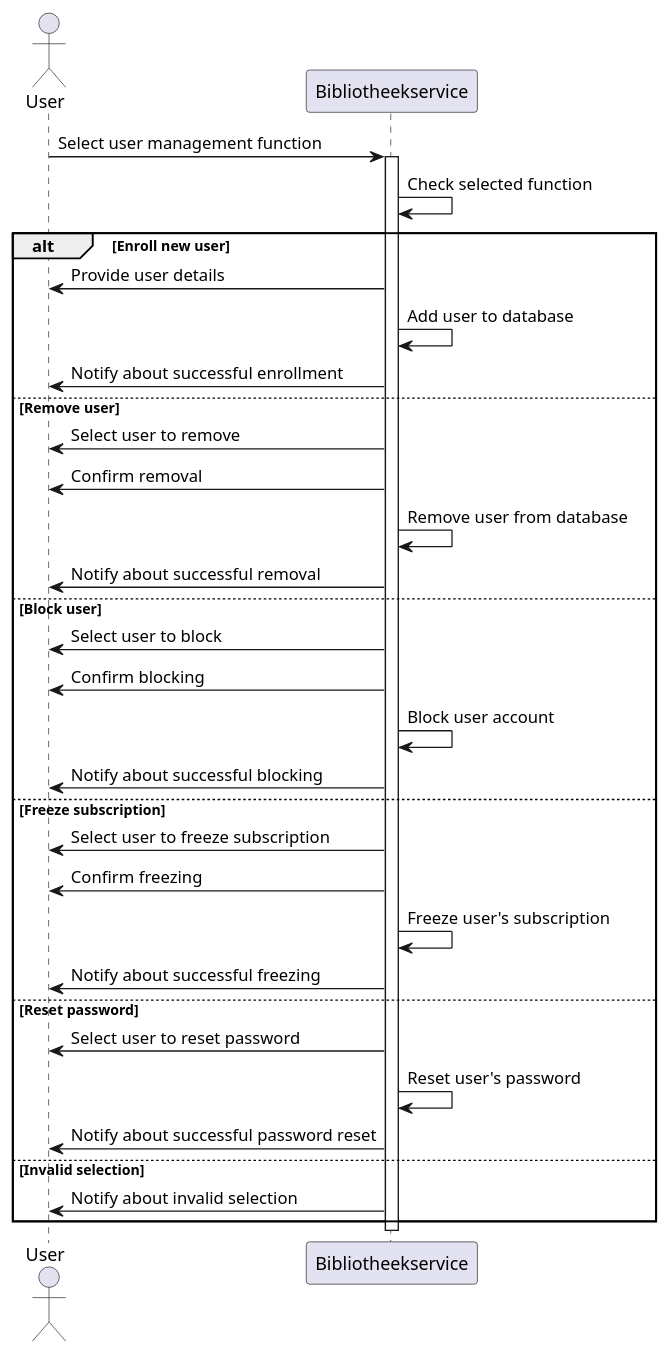
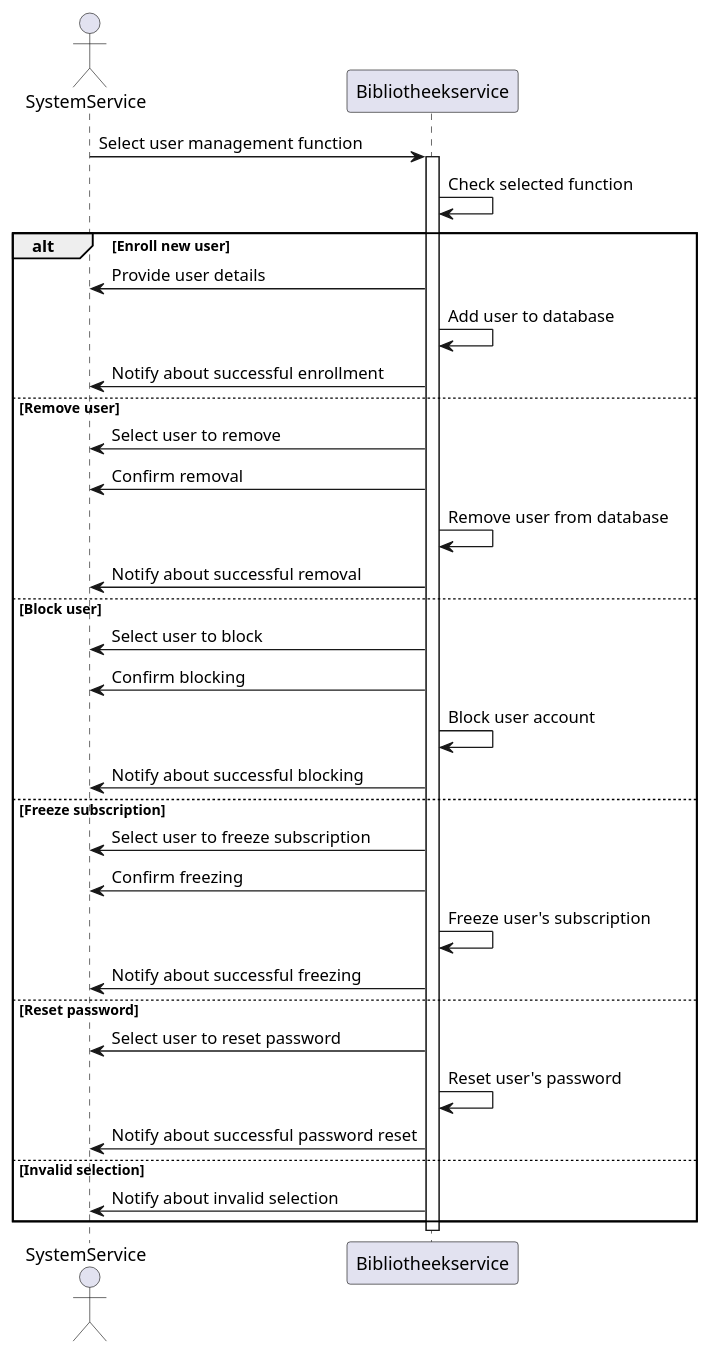
One commit to JananJavdan/BibliotheekSysteem changed the diagram in src/main/java/AnalyseLibrarySystem/SequenceUseCases/Libraryservice/User_ManageSequence.puml. Above: the diagram before and after it, drawn with PlantUML. The commit also changed 17 other files, not shown here.

```diff
--- a/src/main/java/AnalyseLibrarySystem/SequenceUseCases/Libraryservice/User_ManageSequence.puml
+++ b/src/main/java/AnalyseLibrarySystem/SequenceUseCases/Libraryservice/User_ManageSequence.puml
@@ -1,35 +1,35 @@
 @startuml
-actor User
+actor SystemService
 participant "Bibliotheekservice" as BibService
 
-User -> BibService: Select user management function
+SystemService -> BibService: Select user management function
 activate BibService
 BibService -> BibService: Check selected function
 alt Enroll new user
-  BibService -> User: Provide user details
+  BibService -> SystemService: Provide user details
   BibService -> BibService: Add user to database
-  BibService -> User: Notify about successful enrollment
+  BibService -> SystemService: Notify about successful enrollment
 else Remove user
-  BibService -> User: Select user to remove
-  BibService -> User: Confirm removal
+  BibService -> SystemService: Select user to remove
+  BibService -> SystemService: Confirm removal
   BibService -> BibService: Remove user from database
-  BibService -> User: Notify about successful removal
+  BibService -> SystemService: Notify about successful removal
 else Block user
-  BibService -> User: Select user to block
-  BibService -> User: Confirm blocking
+  BibService -> SystemService: Select user to block
+  BibService -> SystemService: Confirm blocking
   BibService -> BibService: Block user account
-  BibService -> User: Notify about successful blocking
+  BibService -> SystemService: Notify about successful blocking
 else Freeze subscription
-  BibService -> User: Select user to freeze subscription
-  BibService -> User: Confirm freezing
+  BibService -> SystemService: Select user to freeze subscription
+  BibService -> SystemService: Confirm freezing
   BibService -> BibService: Freeze user's subscription
-  BibService -> User: Notify about successful freezing
+  BibService -> SystemService: Notify about successful freezing
 else Reset password
-  BibService -> User: Select user to reset password
+  BibService -> SystemService: Select user to reset password
   BibService -> BibService: Reset user's password
-  BibService -> User: Notify about successful password reset
+  BibService -> SystemService: Notify about successful password reset
 else Invalid selection
-  BibService -> User: Notify about invalid selection
+  BibService -> SystemService: Notify about invalid selection
 end
 deactivate BibService
 @enduml
```
